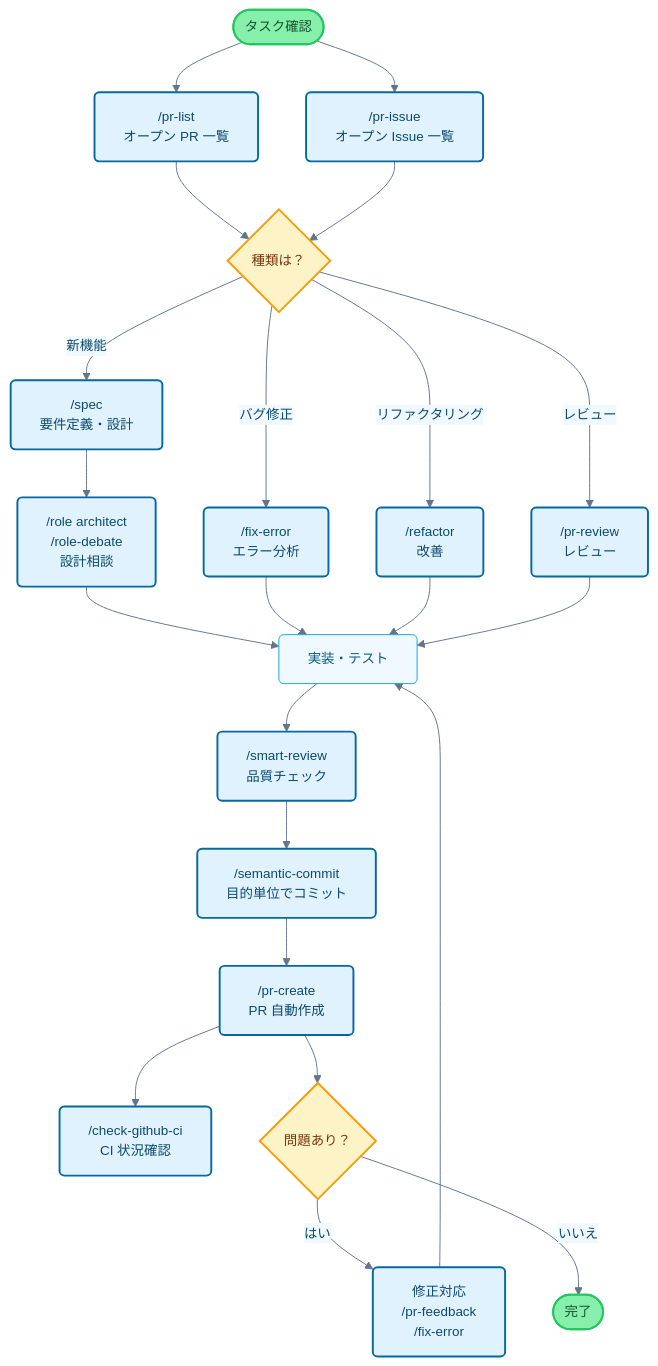
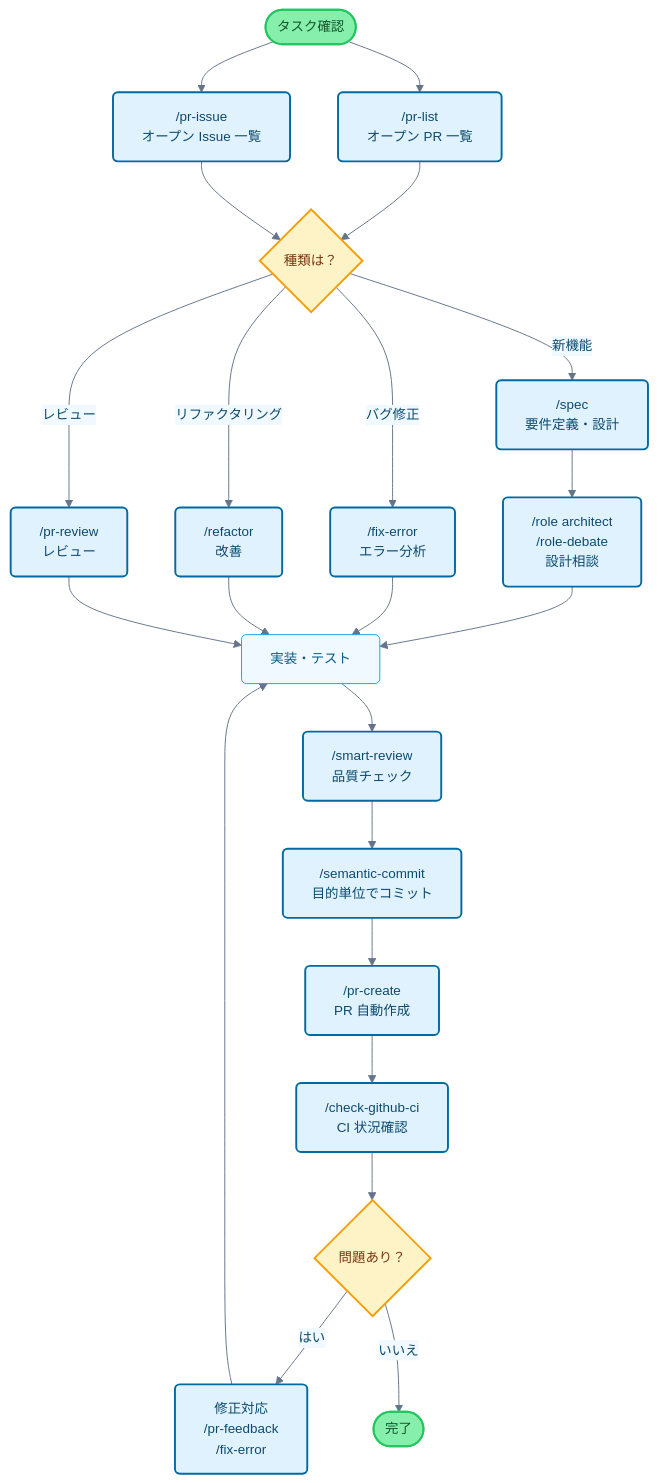
The diagram in README.md (tanak/claude-code-cookbook), drawn with Mermaid before and after one commit.

Commit message:
Sync from dotfiles/dot_claude
Updated files:
dot_claude/README.md

Source commit: 68132f2bd2a38535784c2d2d30ad062e1b17d4eb
Workflow: Sync Claude Settings
Run ID: 16511962287

````diff
--- a/README.md
+++ b/README.md
@@ -100,42 +100,42 @@
 ```mermaid
 flowchart TB
     Start([タスク確認]) --> PRList["/pr-list<br/>オープン PR 一覧"]
     Start --> PRIssue["/pr-issue<br/>オープン Issue 一覧"]
 
     PRList --> TaskType{種類は？}
     PRIssue --> TaskType
 
     TaskType -->|新機能| Plan["/spec<br/>要件定義・設計"]
     TaskType -->|バグ修正| Fix["/fix-error<br/>エラー分析"]
     TaskType -->|リファクタリング| Refactor["/refactor<br/>改善"]
     TaskType -->|レビュー| Review["/pr-review<br/>レビュー"]
 
     Plan --> Design["/role architect<br/>/role-debate<br/>設計相談"]
     Design --> Implementation[実装・テスト]
     Fix --> Implementation
     Refactor --> Implementation
     Review --> Implementation
 
     Implementation --> Check["/smart-review<br/>品質チェック"]
     Check --> Commit["/semantic-commit<br/>目的単位でコミット"]
     Commit --> PR["/pr-create<br/>PR 自動作成"]
     PR --> CI["/check-github-ci<br/>CI 状況確認"]
 
-    PR --> Status{問題あり？}
+    CI --> Status{問題あり？}
     Status -->|はい| Feedback["修正対応<br/>/pr-feedback<br/>/fix-error"]
     Status -->|いいえ| End([完了])
 
     Feedback --> Implementation
 
     classDef commandBox fill:#e0f2fe,stroke:#0369a1,stroke-width:2px,rx:5,ry:5,color:#0c4a6e
     classDef processBox fill:#f0f9ff,stroke:#0ea5e9,stroke-width:1px,rx:5,ry:5,color:#075985
     classDef decisionBox fill:#fef3c7,stroke:#f59e0b,stroke-width:2px,rx:5,ry:5,color:#78350f
     classDef startEnd fill:#86efac,stroke:#22c55e,stroke-width:2px,rx:20,ry:20,color:#14532d
 
     class PRList,PRIssue,Plan,Fix,Refactor,Review,Design,Check,CI,Commit,PR,Feedback commandBox
     class Implementation processBox
     class TaskType,Status decisionBox
     class Start,End startEnd
 
     %%{init: {'theme':'base', 'themeVariables': { 'primaryColor':'#e0f2fe', 'primaryTextColor':'#0c4a6e', 'primaryBorderColor':'#0369a1', 'lineColor':'#64748b', 'secondaryColor':'#f0f9ff', 'background':'#ffffff', 'mainBkg':'#ffffff', 'fontSize': '14px'}}}%%
 ```
````
